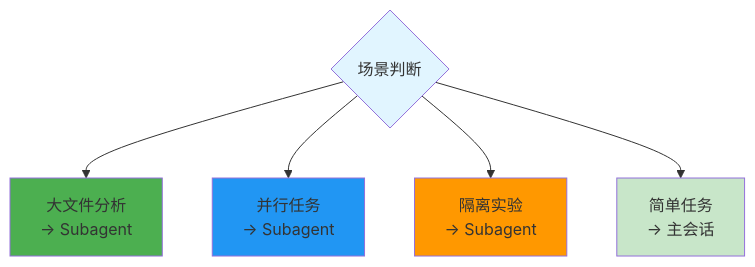
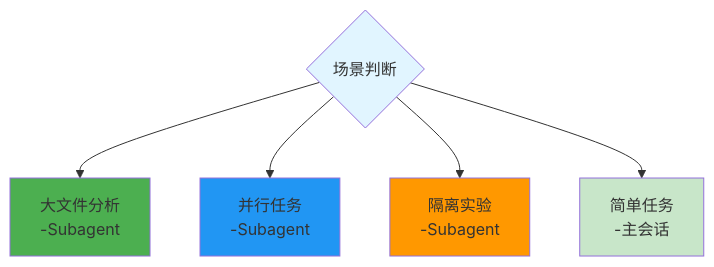
One commit to Jasper-Wynn/agent-doc changed the third of 3 diagrams in concepts/subagent.md. Above: the diagram before and after it, drawn with Mermaid. The commit also changed 16 other files, not shown here.

First line of the commit message:
fix: repair mermaid diagram rendering issues

````diff
--- a/concepts/subagent.md
+++ b/concepts/subagent.md
@@ -52,13 +52,13 @@
 ```mermaid
 flowchart TD
-    A{场景判断} --> B[大文件分析<br/>→ Subagent]
-    A --> C[并行任务<br/>→ Subagent]
-    A --> D[隔离实验<br/>→ Subagent]
-    A --> E[简单任务<br/>→ 主会话]
+    A{场景判断} --> B[大文件分析<br/>-Subagent]
+    A --> C[并行任务<br/>-Subagent]
+    A --> D[隔离实验<br/>-Subagent]
+    A --> E[简单任务<br/>-主会话]
 
     style A fill:#e1f5ff
     style B fill:#4caf50
     style C fill:#2196f3
     style D fill:#ff9800
     style E fill:#c8e6c9
 ```
````
